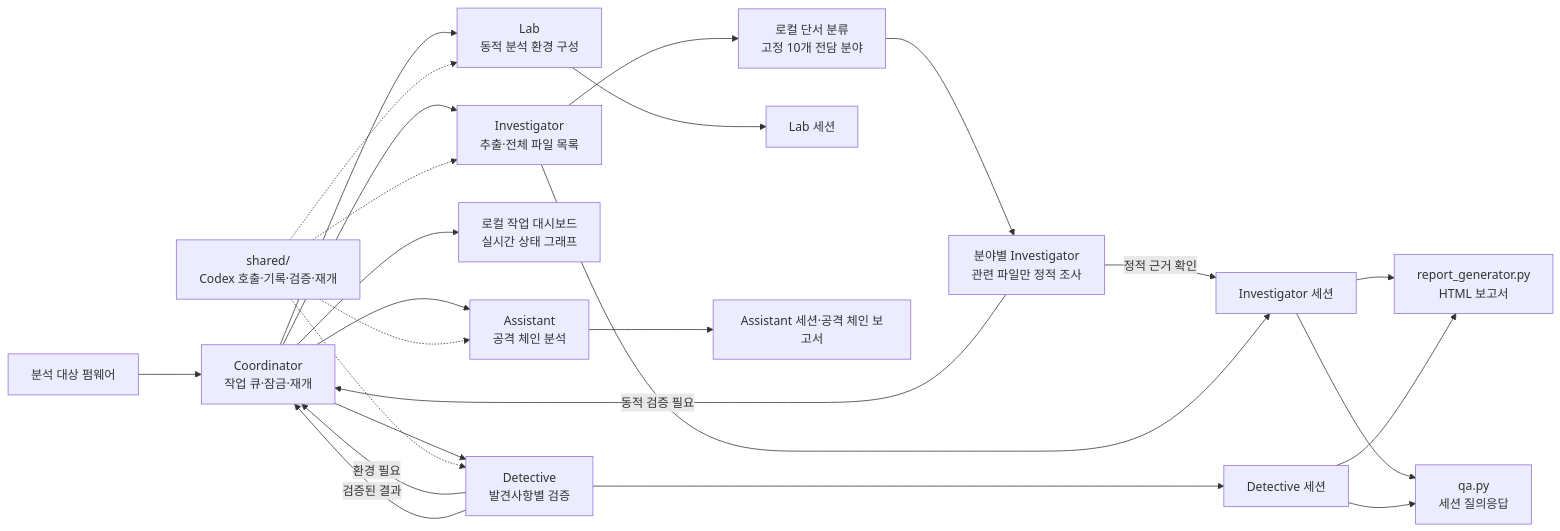
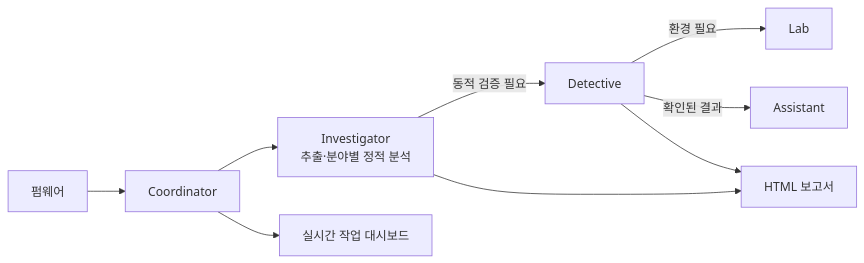
One commit to gl4sss/FBI changed the diagram in README.md. Above: the diagram before and after it, drawn with Mermaid. The commit also changed other lines of this file, not shown here.

````diff
--- a/README.md
+++ b/README.md
@@ -23,27 +15,11 @@
 ```mermaid
 flowchart LR
-    FW["분석 대상 펌웨어"] --> CO["Coordinator<br/>작업 큐·잠금·재개"]
-    CO --> INV["Investigator<br/>추출·전체 파일 목록"]
-    INV --> ROUTE["로컬 단서 분류<br/>고정 10개 전담 분야"]
-    ROUTE --> SPEC["분야별 Investigator<br/>관련 파일만 정적 조사"]
-    SPEC -->|"정적 근거 확인"| IR
-    SPEC -->|"동적 검증 필요"| CO
-    CO --> DET["Detective<br/>발견사항별 검증"]
-    CO --> LIVE["로컬 작업 대시보드<br/>실시간 상태 그래프"]
-    DET -->|"환경 필요"| CO
-    CO --> LAB["Lab<br/>동적 분석 환경 구성"]
-    DET -->|"검증된 결과"| CO
-    CO --> AST["Assistant<br/>공격 체인 분석"]
-    INV --> IR["Investigator 세션"]
-    DET --> DR["Detective 세션"]
-    LAB --> LR["Lab 세션"]
-    AST --> AR["Assistant 세션·공격 체인 보고서"]
-    IR --> REP["report_generator.py<br/>HTML 보고서"]
-    DR --> REP
-    IR --> QA["qa.py<br/>세션 질의응답"]
-    DR --> QA
-    SH["shared/<br/>Codex 호출·기록·검증·재개"] -.-> INV
-    SH -.-> DET
-    SH -.-> LAB
-    SH -.-> AST
+    FW["펌웨어"] --> CO["Coordinator"]
+    CO --> INV["Investigator<br/>추출·분야별 정적 분석"]
+    INV -->|"동적 검증 필요"| DET["Detective"]
+    DET -->|"환경 필요"| LAB["Lab"]
+    DET -->|"확인된 결과"| AST["Assistant"]
+    INV --> REPORT["HTML 보고서"]
+    DET --> REPORT
+    CO --> LIVE["실시간 작업 대시보드"]
 ```
````
